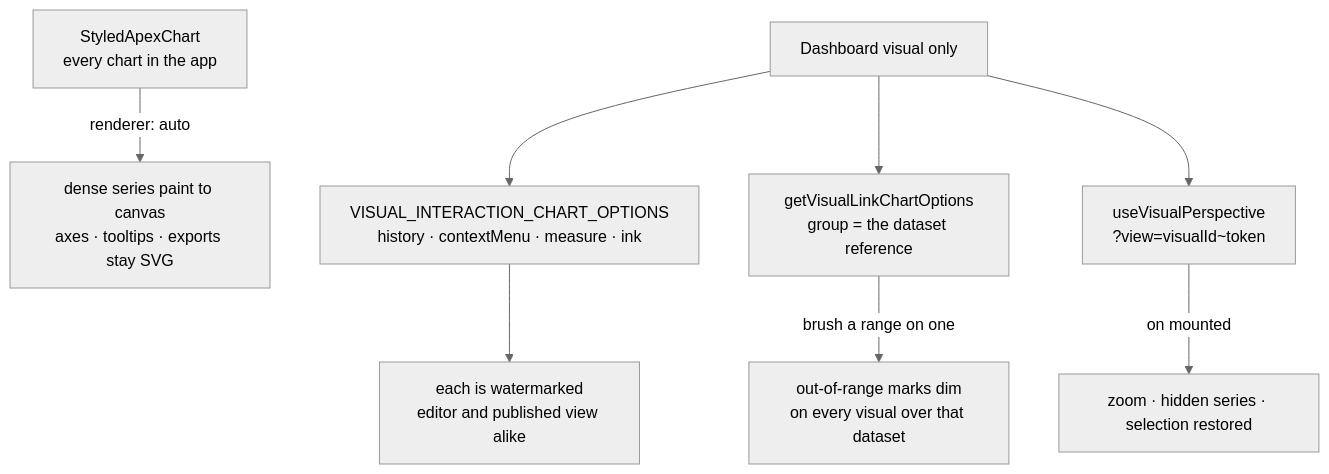
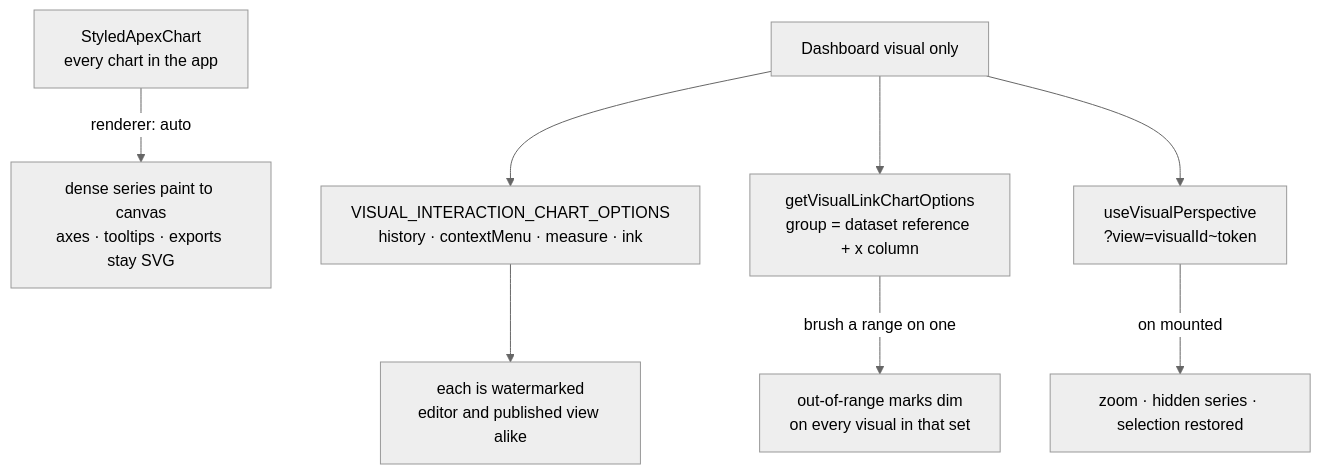
The diagram in packages/app/content/docs/platform/dashboard-chart-interaction.md (Esposter/Esposter), drawn with Mermaid (neutral theme) before and after one commit. The commit also changed other lines of this file and 3 other files, not shown here.

First line of the commit message:
fix(dashboard): key a linked chart set by its x column as well as its dataset

````diff
--- a/packages/app/content/docs/platform/dashboard-chart-interaction.md
+++ b/packages/app/content/docs/platform/dashboard-chart-interaction.md
@@ -12,10 +12,10 @@
 ```mermaid
 flowchart TD
   SHARED["StyledApexChart<br/>every chart in the app"] -->|"renderer: auto"| CANVAS["dense series paint to canvas<br/>axes · tooltips · exports stay SVG"]
   VIS["Dashboard visual only"] --> INT["VISUAL_INTERACTION_CHART_OPTIONS<br/>history · contextMenu · measure · ink"]
   INT --> WM["each is watermarked<br/>editor and published view alike"]
-  VIS --> LINK["getVisualLinkChartOptions<br/>group = the dataset reference"]
-  LINK -->|"brush a range on one"| DIM["out-of-range marks dim<br/>on every visual over that dataset"]
+  VIS --> LINK["getVisualLinkChartOptions<br/>group = dataset reference + x column"]
+  LINK -->|"brush a range on one"| DIM["out-of-range marks dim<br/>on every visual in that set"]
   VIS --> PERS["useVisualPerspective<br/>?view=visualId~token"]
   PERS -->|"on mounted"| APPLY["zoom · hidden series · selection restored"]
 ```
````
